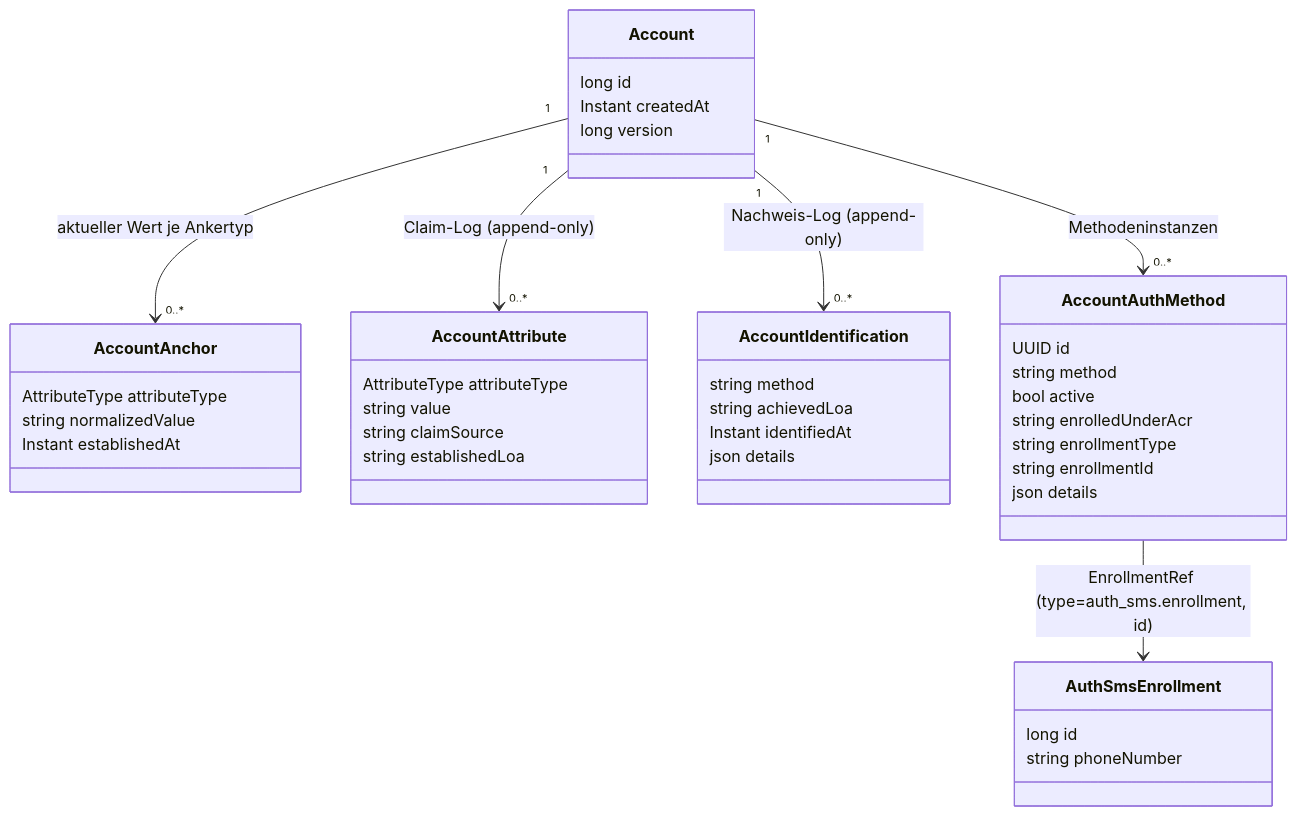
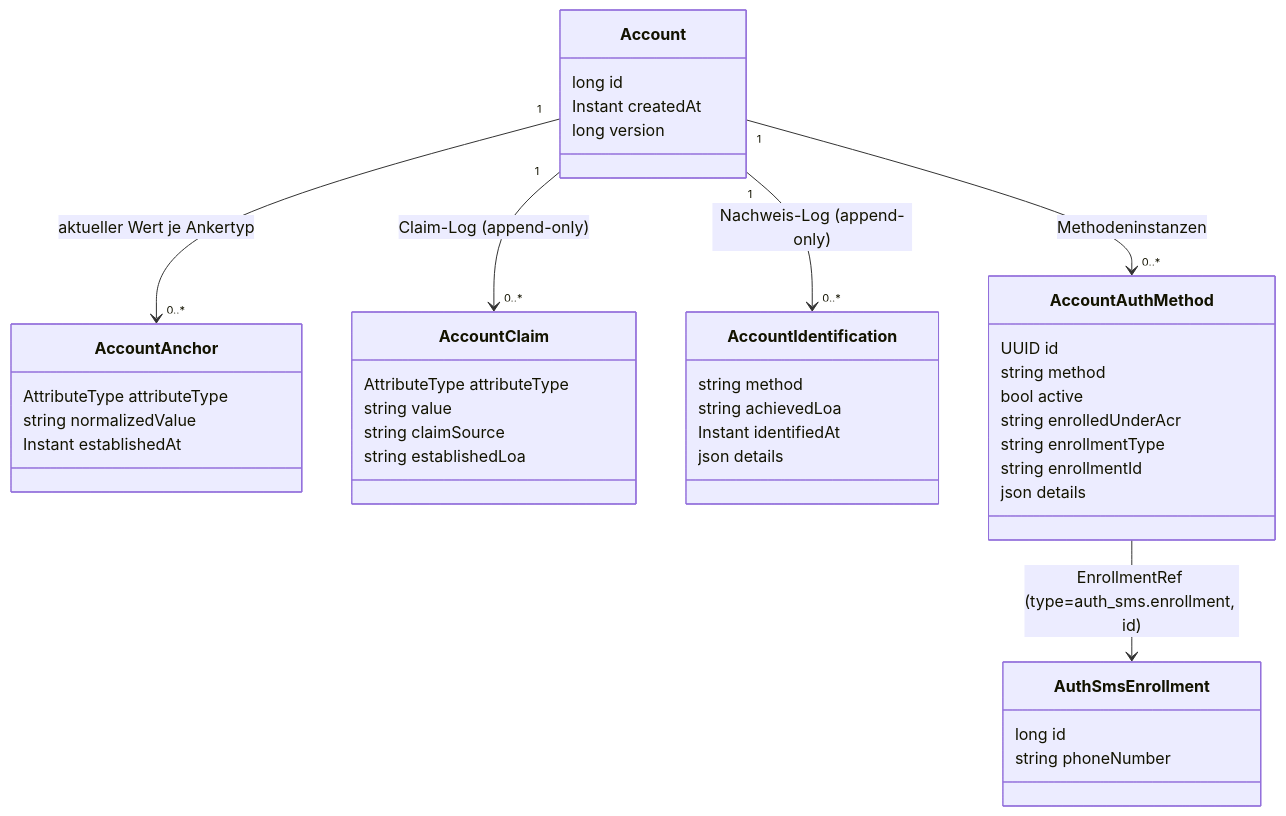
The diagram in docs/06-ablaeufe.md (rpreissel/DPoP-demo), drawn with Mermaid before and after one commit. The commit also changed 27 other files, not shown here.

````diff
--- a/docs/06-ablaeufe.md
+++ b/docs/06-ablaeufe.md
@@ -11,44 +11,44 @@
 ```mermaid
 classDiagram
   class Account {
     long id
     Instant createdAt
     long version
   }
   class AccountAnchor {
     AttributeType attributeType
     string normalizedValue
     Instant establishedAt
   }
-  class AccountAttribute {
+  class AccountClaim {
     AttributeType attributeType
     string value
     string claimSource
     string establishedLoa
   }
   class AccountIdentification {
     string method
     string achievedLoa
     Instant identifiedAt
     json details
   }
   class AccountAuthMethod {
     UUID id
     string method
     bool active
     string enrolledUnderAcr
     string enrollmentType
     string enrollmentId
     json details
   }
   class AuthSmsEnrollment {
     long id
     string phoneNumber
   }
 
   Account "1" --> "0..*" AccountAnchor : aktueller Wert je Ankertyp
-  Account "1" --> "0..*" AccountAttribute : Claim-Log (append-only)
+  Account "1" --> "0..*" AccountClaim : Claim-Log (append-only)
   Account "1" --> "0..*" AccountIdentification : Nachweis-Log (append-only)
   Account "1" --> "0..*" AccountAuthMethod : Methodeninstanzen
   AccountAuthMethod --> AuthSmsEnrollment : EnrollmentRef (type=auth_sms.enrollment, id)
 ```
````
